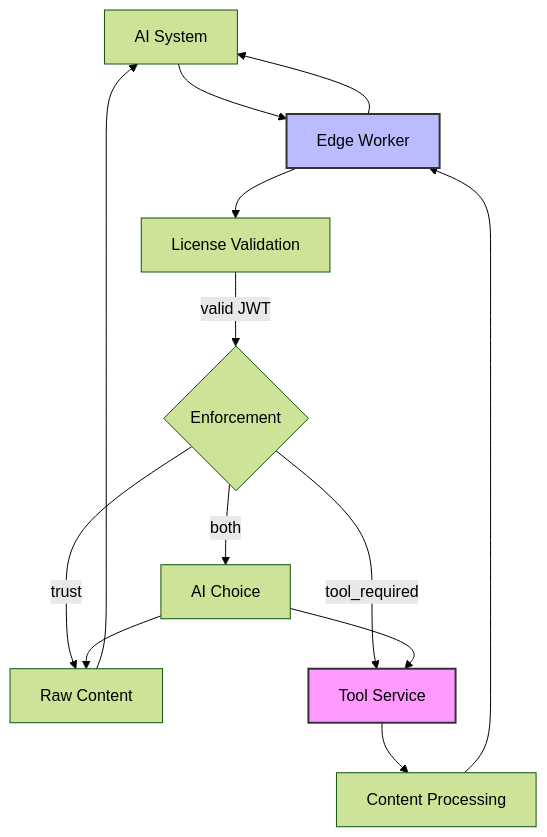
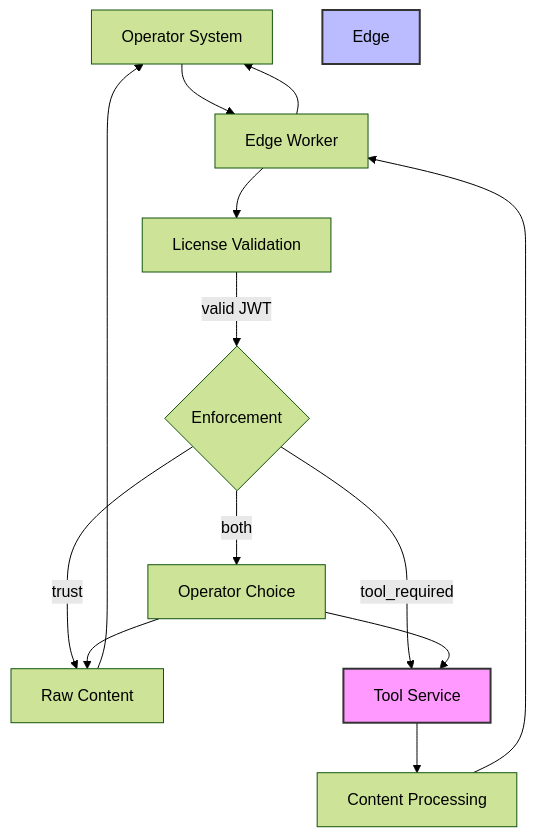
The first of 3 diagrams in docs/tool-service-api.md (PeekThenPay/peek-json-spec), drawn with Mermaid (forest theme) before and after one commit. The commit also changed other lines of this file and 32 other files, not shown here.

````diff
--- a/docs/tool-service-api.md
+++ b/docs/tool-service-api.md
@@ -20,17 +20,17 @@
 ```mermaid
 flowchart TD
-  AI[AI System] --> Edge[Edge Worker]
-  Edge --> License[License Validation]
+  Operator[Operator System] --> Enforcer[Edge Worker]
+  Enforcer --> License[License Validation]
   License -->|valid JWT| Enforcement{Enforcement}
   Enforcement -->|trust| Raw[Raw Content]
   Enforcement -->|tool_required| ToolService[Tool Service]
-  Enforcement -->|both| Choice[AI Choice]
+  Enforcement -->|both| Choice[Operator Choice]
   ToolService --> Process[Content Processing]
-  Process --> Edge
-  Edge --> AI
-  Raw --> AI
+  Process --> Enforcer
+  Enforcer --> Operator
+  Raw --> Operator
   Choice --> Raw
   Choice --> ToolService
   style ToolService fill:#f9f,stroke:#333,stroke-width:2px
   style Edge fill:#bbf,stroke:#333,stroke-width:2px
 ```
````
